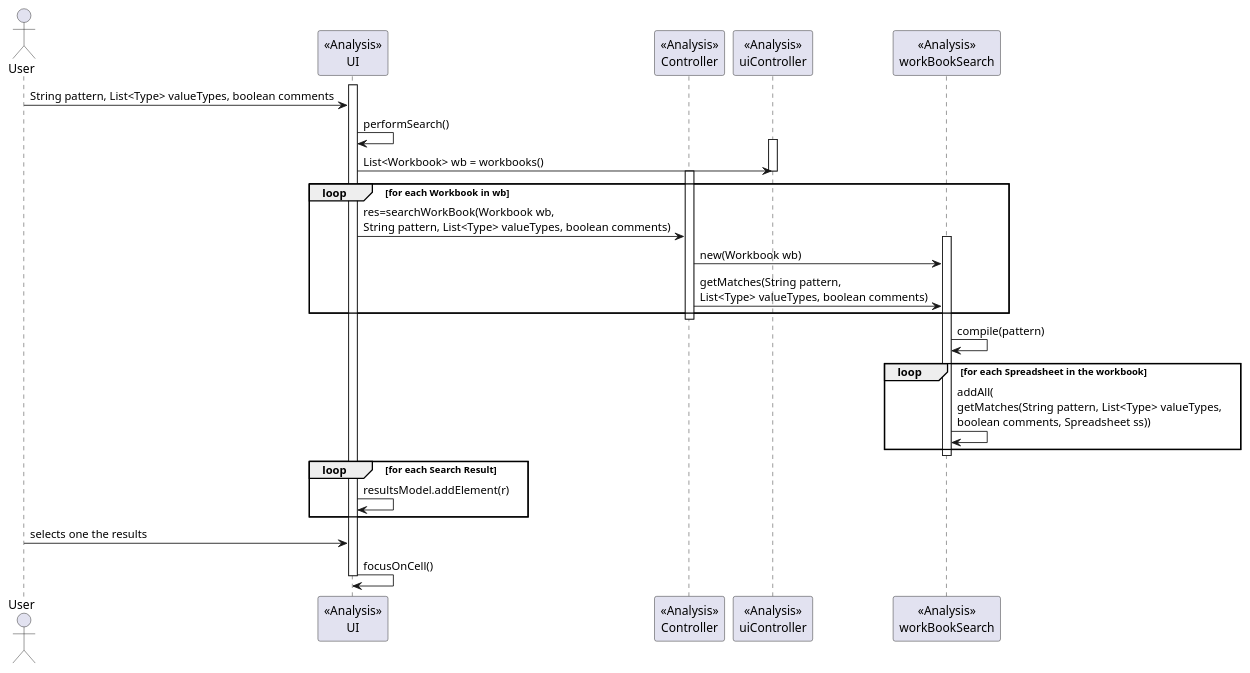
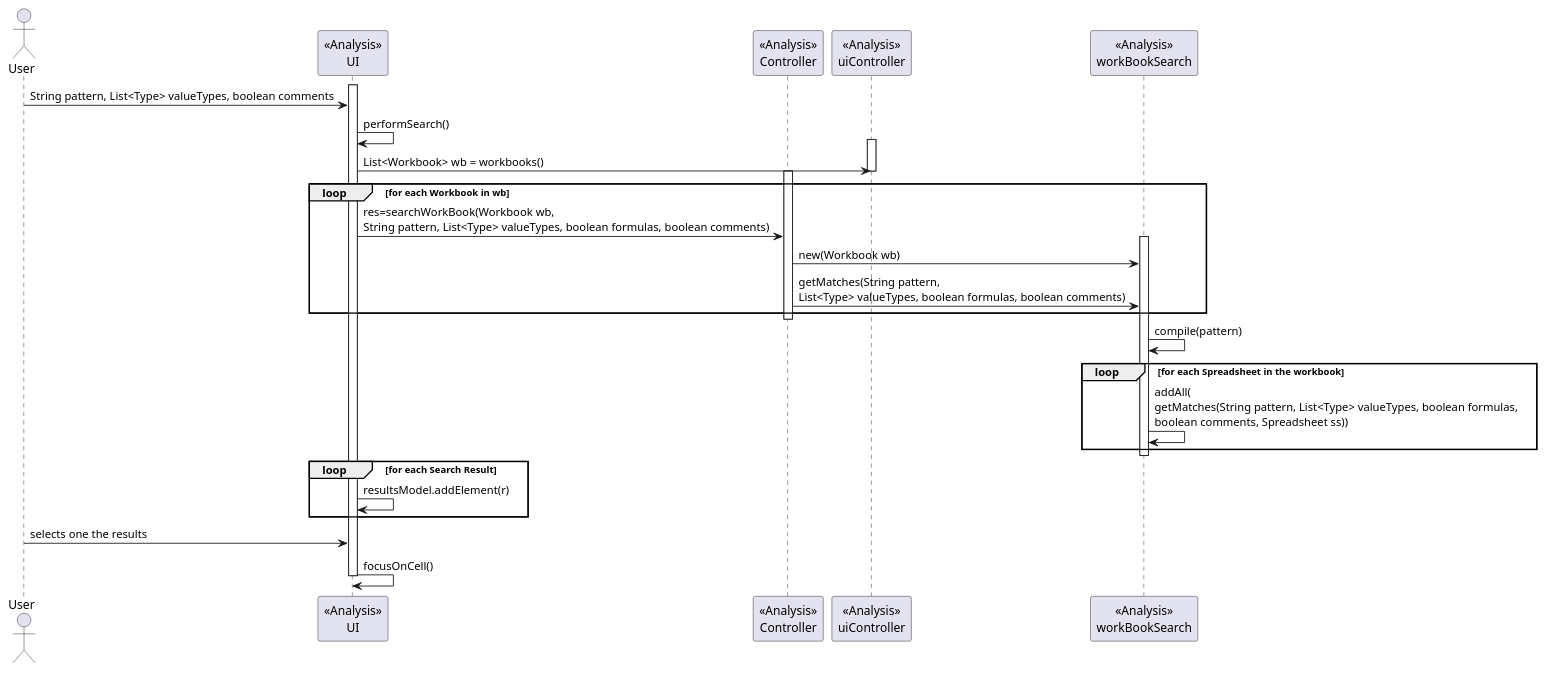
The diagram in src/main/java/csheets/worklog/n1140329/sprint3/core07_02_analysis.puml (RubenTeixeira/cleansheets_isep_2dg_2016), drawn with PlantUML before and after one commit. The commit also changed 9 other files, not shown here.

```diff
--- a/src/main/java/csheets/worklog/n1140329/sprint3/core07_02_analysis.puml
+++ b/src/main/java/csheets/worklog/n1140329/sprint3/core07_02_analysis.puml
@@ -1,37 +1,37 @@
 @startuml doc-files/core07_02_analysis.png
   actor User
   participant "<<Analysis>>\nUI" as SP
   participant "<<Analysis>>\nController" as SC
   participant "<<Analysis>>\nuiController" as UIC
   participant "<<Analysis>>\nworkBookSearch" as wbs
 
   activate SP
   User -> SP : String pattern, List<Type> valueTypes, boolean comments
   SP -> SP : performSearch()
   activate UIC
   SP -> UIC : List<Workbook> wb = workbooks()
   deactivate UIC
 
   activate SC
   loop for each Workbook in wb
-  SP -> SC : res=searchWorkBook(Workbook wb,\nString pattern, List<Type> valueTypes, boolean comments)
+  SP -> SC : res=searchWorkBook(Workbook wb,\nString pattern, List<Type> valueTypes, boolean formulas, boolean comments)
   activate wbs
   SC -> wbs : new(Workbook wb)
-  SC -> wbs : getMatches(String pattern,\nList<Type> valueTypes, boolean comments)
+  SC -> wbs : getMatches(String pattern,\nList<Type> valueTypes, boolean formulas, boolean comments)
   end loop
   deactivate SC
 
   wbs -> wbs : compile(pattern)
   loop for each Spreadsheet in the workbook
-  	wbs -> wbs : addAll(\ngetMatches(String pattern, List<Type> valueTypes,\nboolean comments, Spreadsheet ss))
+  	wbs -> wbs : addAll(\ngetMatches(String pattern, List<Type> valueTypes, boolean formulas,\nboolean comments, Spreadsheet ss))
   end
   deactivate wbs
   loop for each Search Result
   	SP -> SP : resultsModel.addElement(r)
   end
 
   User -> SP : selects one the results
   SP -> SP : focusOnCell()
 
   deactivate SP
 @enduml
```
